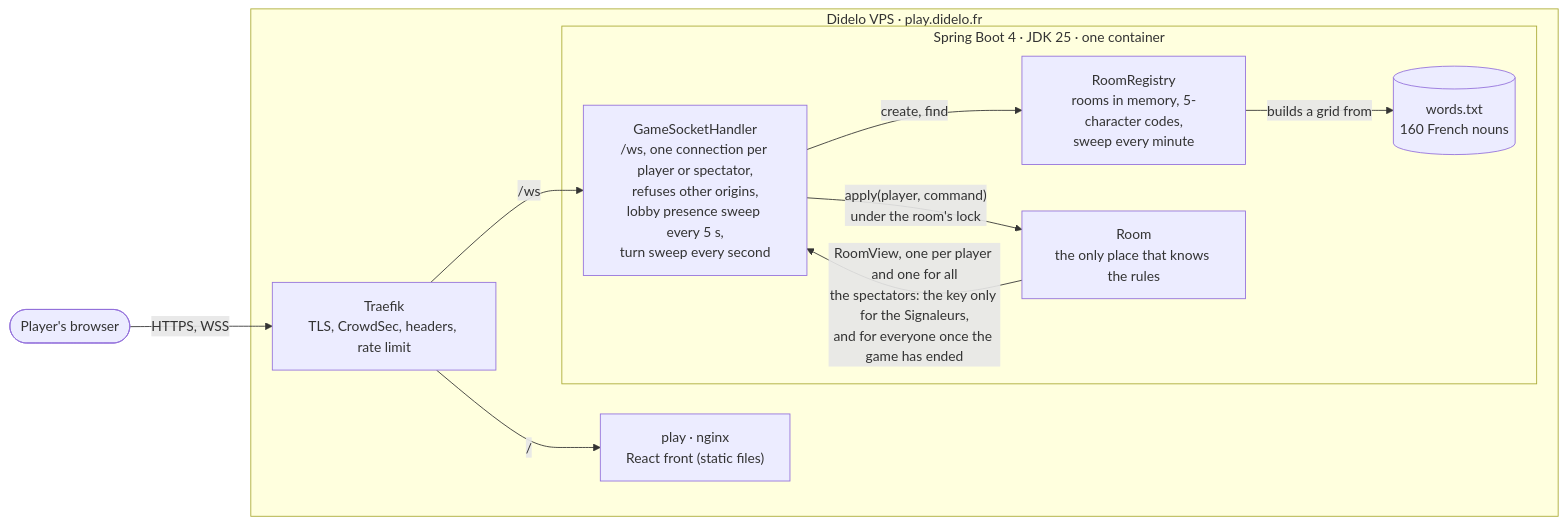
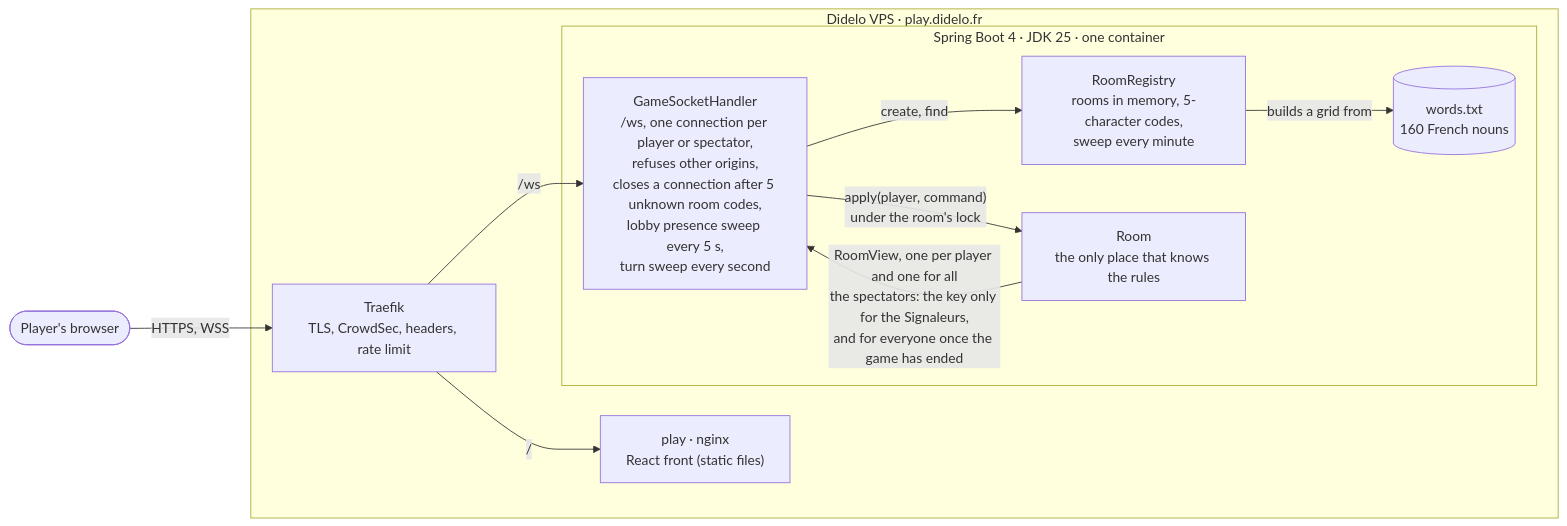
One commit to Didelo-lilian/semaphore changed the first of 3 diagrams in README.md. Above: the diagram before and after it, drawn with Mermaid. The commit also changed other lines of this file and 10 other files, not shown here.

Commit message:
feat: close a connection that asks for five unknown rooms

````diff
--- a/README.md
+++ b/README.md
@@ -54,23 +54,23 @@
 ```mermaid
 flowchart LR
   player([Player's browser])
 
   subgraph vps["Didelo VPS · play.didelo.fr"]
     traefik["Traefik<br/>TLS, CrowdSec, headers, rate limit"]
     front["play · nginx<br/>React front (static files)"]
     subgraph app["Spring Boot 4 · JDK 25 · one container"]
-      handler["GameSocketHandler<br/>/ws, one connection per player or spectator,<br/>refuses other origins,<br/>lobby presence sweep every 5 s,<br/>turn sweep every second"]
+      handler["GameSocketHandler<br/>/ws, one connection per player or spectator,<br/>refuses other origins,<br/>closes a connection after 5 unknown room codes,<br/>lobby presence sweep every 5 s,<br/>turn sweep every second"]
       registry["RoomRegistry<br/>rooms in memory, 5-character codes,<br/>sweep every minute"]
       room["Room<br/>the only place that knows the rules"]
       words[("words.txt<br/>160 French nouns")]
     end
   end
 
   player -->|"HTTPS, WSS"| traefik
   traefik -->|"/"| front
   traefik -->|"/ws"| handler
   handler -->|"create, find"| registry
   registry -->|"builds a grid from"| words
   handler -->|"apply(player, command)<br/>under the room's lock"| room
   room -->|"RoomView, one per player and one for all<br/>the spectators: the key only for the Signaleurs,<br/>and for everyone once the game has ended"| handler
 ```
````
